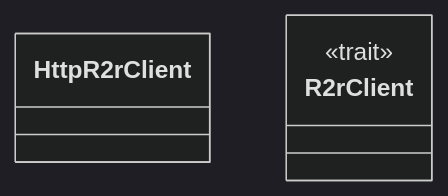
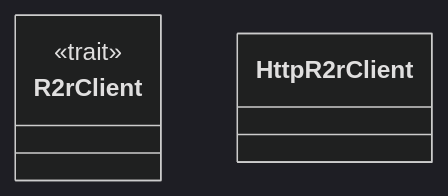
One commit to lgcorzo/rust_CACD_autonomous_factory changed the first of 2 diagrams in wiki/crates_factory-infrastructure_src_r2r.md. Above: the diagram before and after it, drawn with Mermaid (dark theme). The commit also changed other lines of this file and 58 other files, not shown here.

````diff
--- a/wiki/crates_factory-infrastructure_src_r2r.md
+++ b/wiki/crates_factory-infrastructure_src_r2r.md
@@ -16,7 +16,7 @@
 ```mermaid
 classDiagram
-    class HttpR2rClient
     class R2rClient {
         <<trait>>
     }
+    class HttpR2rClient
 ```
````
